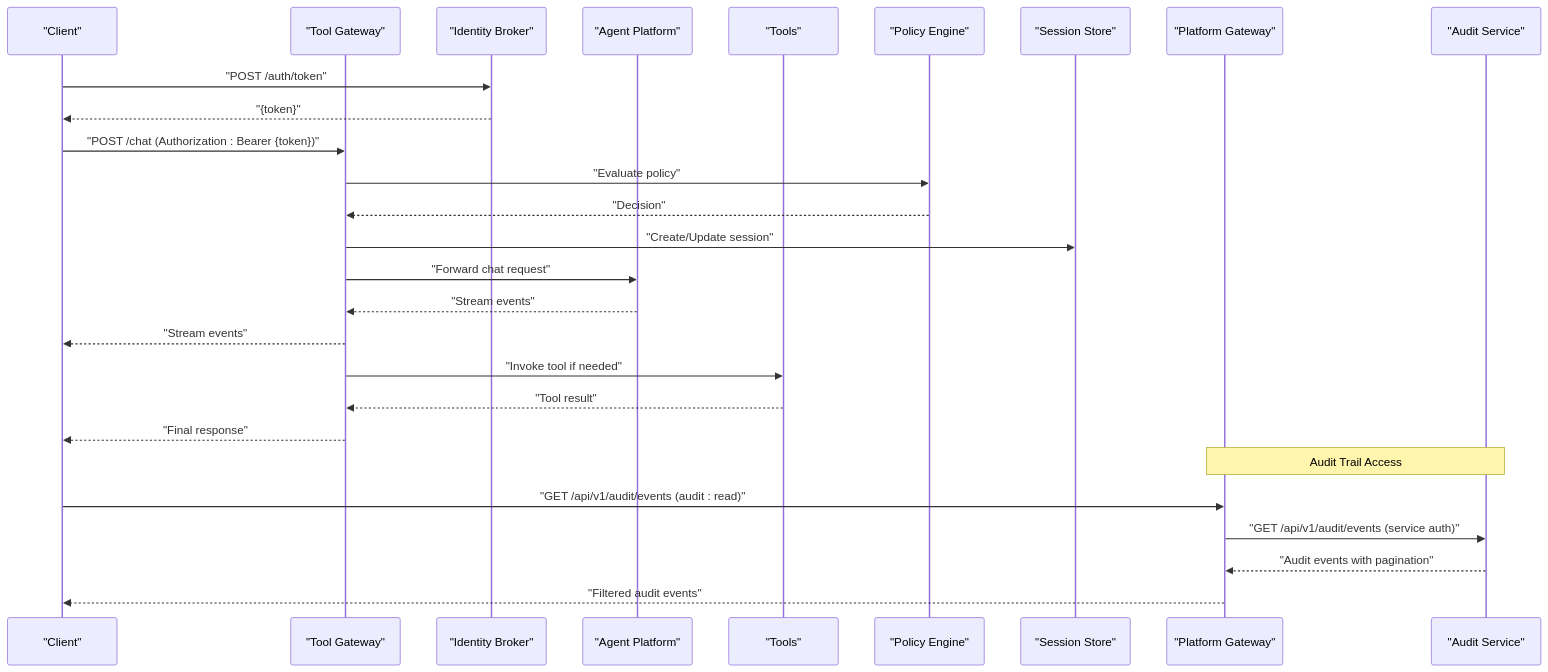
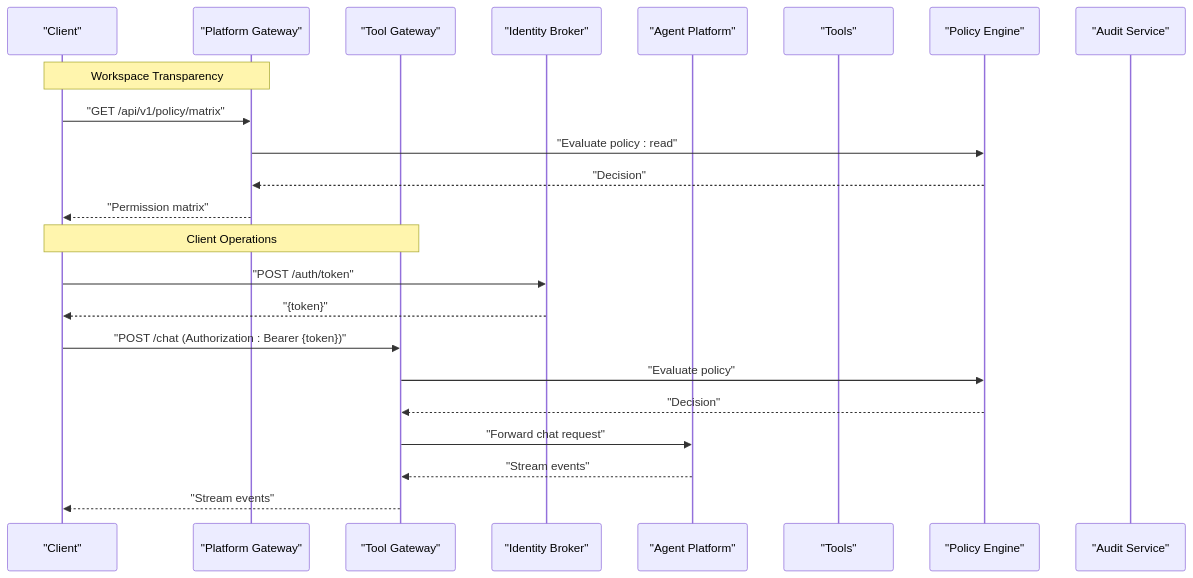
Before and after one commit to metasync/luban-aiops: the second of 3 diagrams in .qoder/repowiki/en/content/API Reference/API Reference.md, drawn with Mermaid. The commit also changed other lines of this file and 26 other files, not shown here.

````diff
--- a/.qoder/repowiki/en/content/API Reference/API Reference.md
+++ b/.qoder/repowiki/en/content/API Reference/API Reference.md
@@ -149,29 +163,25 @@
 ```mermaid
 sequenceDiagram
 participant C as "Client"
-participant G as "Tool Gateway"
+participant PG as "Platform Gateway"
+participant TG as "Tool Gateway"
 participant I as "Identity Broker"
 participant A as "Agent Platform"
 participant T as "Tools"
 participant P as "Policy Engine"
-participant S as "Session Store"
-participant PG as "Platform Gateway"
 participant AS as "Audit Service"
+Note over C,PG : Workspace Transparency
+C->>PG : "GET /api/v1/policy/matrix"
+PG->>P : "Evaluate policy : read"
+P-->>PG : "Decision"
+PG-->>C : "Permission matrix"
+Note over C,TG : Client Operations
 C->>I : "POST /auth/token"
 I-->>C : "{token}"
-C->>G : "POST /chat (Authorization : Bearer {token})"
-G->>P : "Evaluate policy"
-P-->>G : "Decision"
-G->>S : "Create/Update session"
-G->>A : "Forward chat request"
-A-->>G : "Stream events"
-G-->>C : "Stream events"
-G->>T : "Invoke tool if needed"
-T-->>G : "Tool result"
-G-->>C : "Final response"
-Note over PG,AS : Audit Trail Access
-C->>PG : "GET /api/v1/audit/events (audit : read)"
-PG->>AS : "GET /api/v1/audit/events (service auth)"
-AS-->>PG : "Audit events with pagination"
-PG-->>C : "Filtered audit events"
+C->>TG : "POST /chat (Authorization : Bearer {token})"
+TG->>P : "Evaluate policy"
+P-->>TG : "Decision"
+TG->>A : "Forward chat request"
+A-->>TG : "Stream events"
+TG-->>C : "Stream events"
 ```
````
